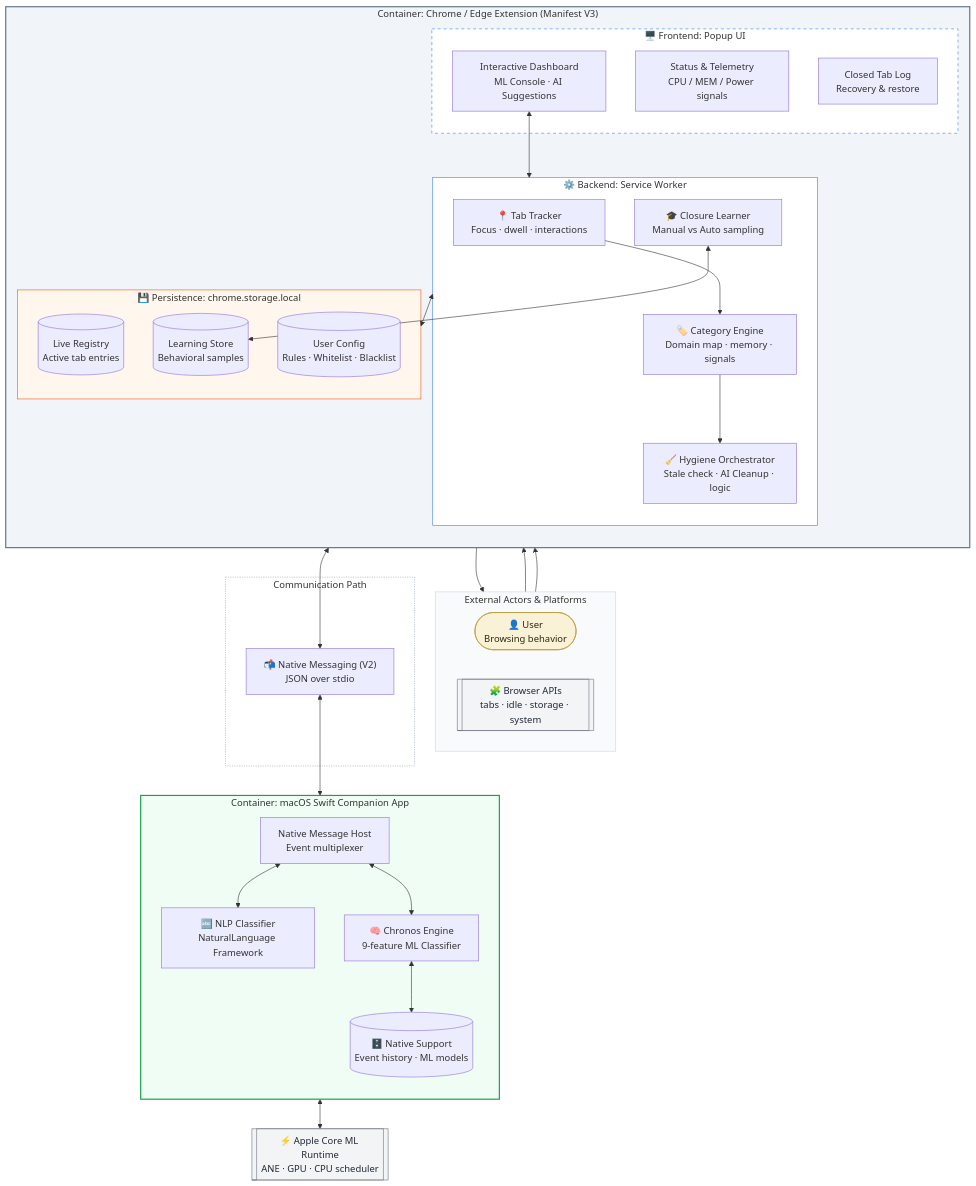
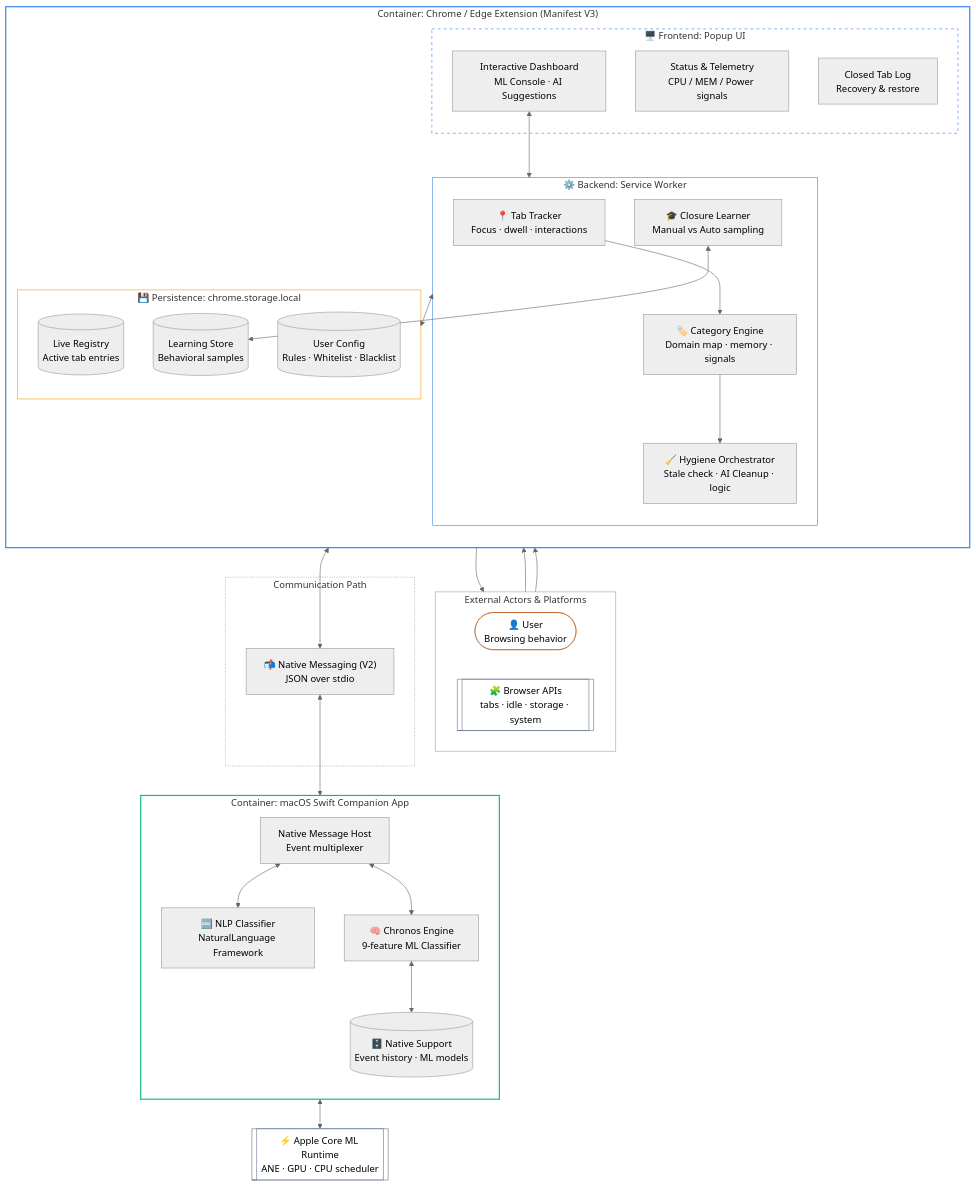
Before and after one commit to dubianche123/device-native-tab-hygiene: the diagram in README.md, drawn with Mermaid. The commit also changed 1 other file, not shown here.

Commit message:
Fix Mermaid diagram styling for Dark Mode compatibility

````diff
--- a/README.md
+++ b/README.md
@@ -19,75 +19,76 @@
 ```mermaid
+%%{init: {'theme': 'neutral', 'themeVariables': { 'primaryColor': '#3b82f6', 'edgeLabelBackground':'transparent' }}}%%
 flowchart TB
   subgraph actors["External Actors & Platforms"]
     direction LR
     user(["👤 User<br/>Browsing behavior"])
     chrome[["🧩 Browser APIs<br/>tabs · idle · storage · system"]]
   end
 
   subgraph browser["Container: Chrome / Edge Extension (Manifest V3)"]
     direction TB
     subgraph popup["🖥️ Frontend: Popup UI"]
       p_ui["Interactive Dashboard<br/>ML Console · AI Suggestions"]
       p_telemetry["Status & Telemetry<br/>CPU / MEM / Power signals"]
       p_log["Closed Tab Log<br/>Recovery & restore"]
     end
 
     subgraph background["⚙️ Backend: Service Worker"]
       b_tracker["📍 Tab Tracker<br/>Focus · dwell · interactions"]
       b_learner["🎓 Closure Learner<br/>Manual vs Auto sampling"]
       b_engine["🏷️ Category Engine<br/>Domain map · memory · signals"]
       b_orchestrator["🧹 Hygiene Orchestrator<br/>Stale check · AI Cleanup · logic"]
     end
 
     subgraph storage["💾 Persistence: chrome.storage.local"]
       s_registry[("Live Registry<br/>Active tab entries")]
       s_samples[("Learning Store<br/>Behavioral samples")]
       s_settings[("User Config<br/>Rules · Whitelist · Blacklist")]
     end
   end
 
   subgraph ipc["Communication Path"]
     nativeBus["📬 Native Messaging (V2)<br/>JSON over stdio"]
   end
 
   subgraph native["Container: macOS Swift Companion App"]
     direction TB
     n_host["Native Message Host<br/>Event multiplexer"]
     n_classifier["🔤 NLP Classifier<br/>NaturalLanguage Framework"]
     n_chronos["🧠 Chronos Engine<br/>9-feature ML Classifier"]
     n_storage[("🗄️ Native Support<br/>Event history · ML models")]
   end
 
   coreml[["⚡ Apple Core ML Runtime<br/>ANE · GPU · CPU scheduler"]]
 
   %% Browser Internal Flow
   user --> p_ui
   chrome --> b_tracker
   p_ui <--> background
   background <--> storage
   b_tracker --> b_engine
   b_engine --> b_orchestrator
   b_learner <--> s_samples
   b_orchestrator --> chrome
 
   %% Cross-Container IPC
   background <--> nativeBus <--> n_host
   n_host <--> n_classifier
   n_host <--> n_chronos
   n_chronos <--> n_storage
   n_chronos <--> coreml
 
-  %% Styling
-  style actors fill:#f8fafc,stroke:#cbd5e1,stroke-width:1px
-  style browser fill:#f1f5f9,stroke:#64748b,stroke-width:2px
-  style native fill:#f0fdf4,stroke:#16a34a,stroke-width:2px
-  style popup fill:#ffffff,stroke:#3b82f6,stroke-dasharray: 5 5
-  style background fill:#ffffff,stroke:#3b82f6
-  style storage fill:#fff7ed,stroke:#ea580c
+  %% Styling: Use transparent fills and mid-tone strokes for Dark Mode compatibility
+  style actors fill:none,stroke:#94a3b8,stroke-width:1px
+  style browser fill:none,stroke:#3b82f6,stroke-width:2px
+  style native fill:none,stroke:#10b981,stroke-width:2px
+  style popup fill:none,stroke:#3b82f6,stroke-dasharray: 5 5
+  style background fill:none,stroke:#3b82f6
+  style storage fill:none,stroke:#f59e0b
   style ipc fill:none,stroke:#94a3b8,stroke-dasharray: 2 2
 
-  classDef actor fill:#f9f2d7,stroke:#b59b3b,color:#2f2611,stroke-width:1px
-  classDef platform fill:#f3f4f6,stroke:#6b7280,color:#1f2937,stroke-width:1px
+  classDef actor fill:none,stroke:#b45309,stroke-width:1px
+  classDef platform fill:none,stroke:#64748b,stroke-width:1px
   class user actor
   class chrome,coreml platform
 ```
````
